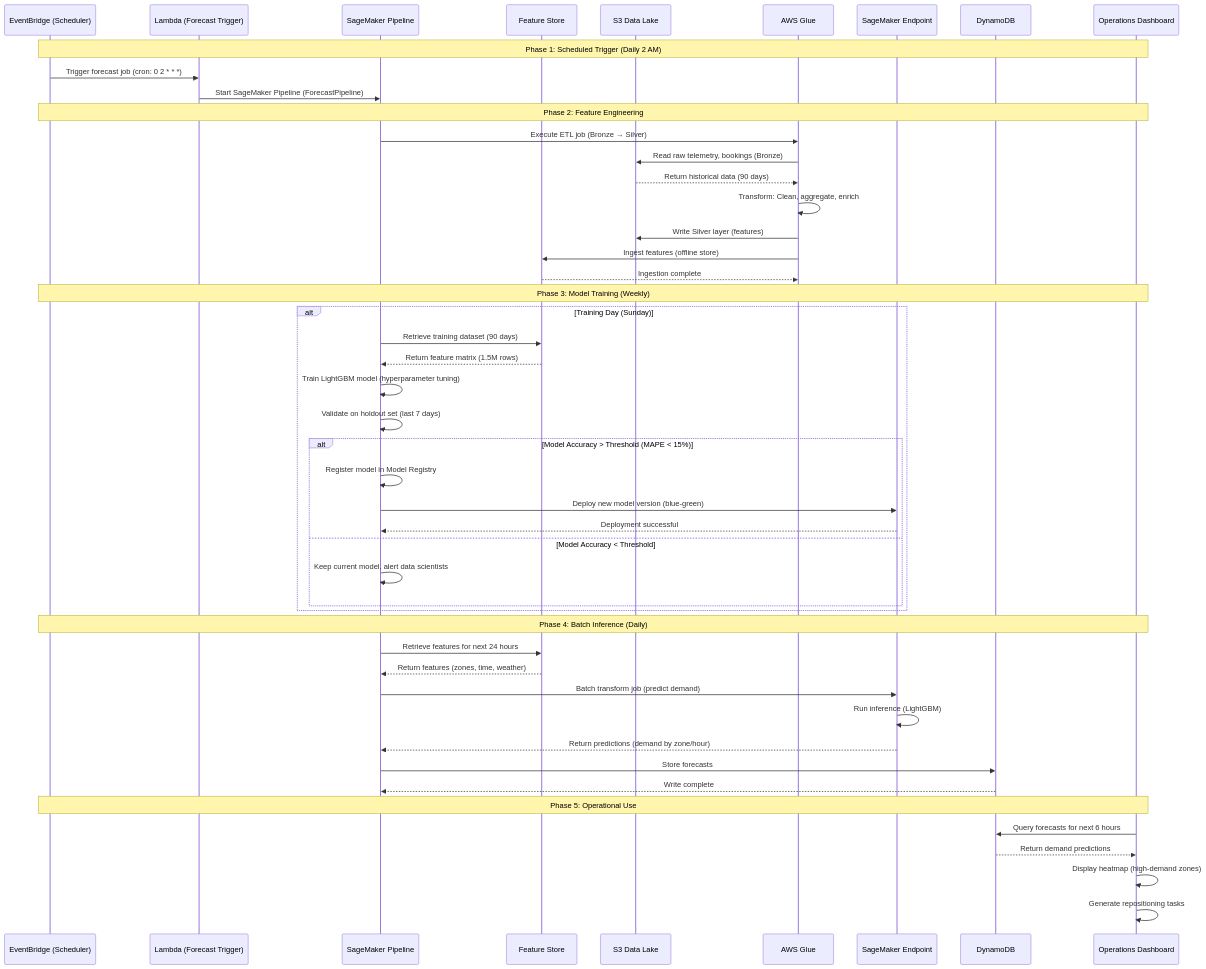
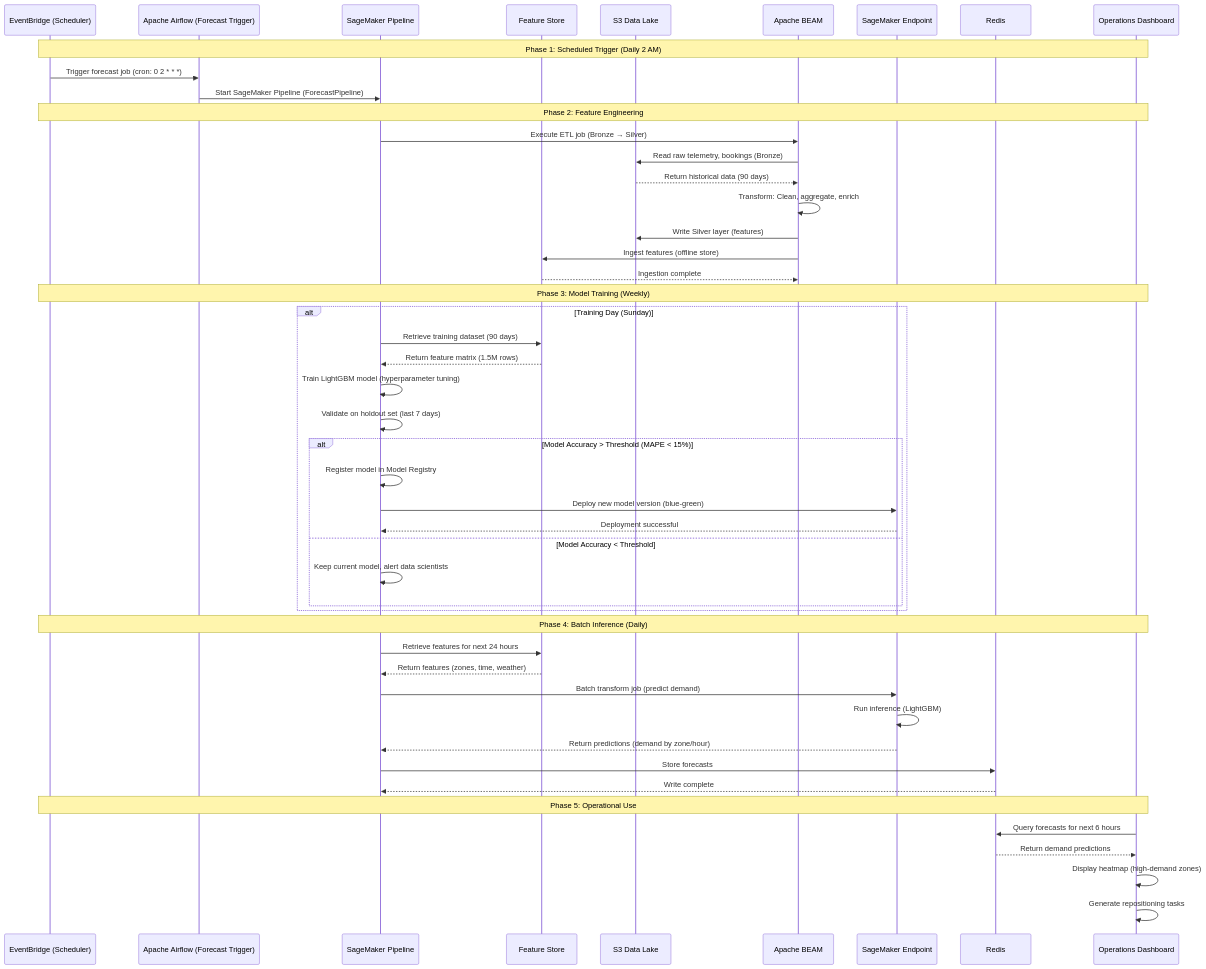
The diagram in HLD/scenarios/demand_forecasting.md (SumoSumir/kata-na), drawn with Mermaid before and after one commit. The commit also changed other lines of this file and 1 other file, not shown here.

````diff
--- a/HLD/scenarios/demand_forecasting.md
+++ b/HLD/scenarios/demand_forecasting.md
@@ -36,55 +35,55 @@
 ```mermaid
 sequenceDiagram
     participant EB as EventBridge (Scheduler)
-    participant L as Lambda (Forecast Trigger)
+    participant L as Apache Airflow (Forecast Trigger)
     participant SM as SageMaker Pipeline
     participant FS as Feature Store
     participant S3 as S3 Data Lake
-    participant Glue as AWS Glue
+    participant AB as Apache BEAM
     participant Model as SageMaker Endpoint
-    participant DB as DynamoDB
+    participant DB as Redis
     participant Ops as Operations Dashboard
 
     Note over EB,Ops: Phase 1: Scheduled Trigger (Daily 2 AM)
     EB->>L: Trigger forecast job (cron: 0 2 * * *)
     L->>SM: Start SageMaker Pipeline (ForecastPipeline)
 
     Note over EB,Ops: Phase 2: Feature Engineering
-    SM->>Glue: Execute ETL job (Bronze → Silver)
-    Glue->>S3: Read raw telemetry, bookings (Bronze)
-    S3-->>Glue: Return historical data (90 days)
-    Glue->>Glue: Transform: Clean, aggregate, enrich
-    Glue->>S3: Write Silver layer (features)
-    Glue->>FS: Ingest features (offline store)
-    FS-->>Glue: Ingestion complete
+    SM->>AB: Execute ETL job (Bronze → Silver)
+    AB->>S3: Read raw telemetry, bookings (Bronze)
+    S3-->>AB: Return historical data (90 days)
+    AB->>AB: Transform: Clean, aggregate, enrich
+    AB->>S3: Write Silver layer (features)
+    AB->>FS: Ingest features (offline store)
+    FS-->>AB: Ingestion complete
 
     Note over EB,Ops: Phase 3: Model Training (Weekly)
     alt Training Day (Sunday)
         SM->>FS: Retrieve training dataset (90 days)
         FS-->>SM: Return feature matrix (1.5M rows)
         SM->>SM: Train LightGBM model (hyperparameter tuning)
         SM->>SM: Validate on holdout set (last 7 days)
         alt Model Accuracy > Threshold (MAPE < 15%)
             SM->>SM: Register model in Model Registry
             SM->>Model: Deploy new model version (blue-green)
             Model-->>SM: Deployment successful
         else Model Accuracy < Threshold
             SM->>SM: Keep current model, alert data scientists
         end
     end
 
     Note over EB,Ops: Phase 4: Batch Inference (Daily)
     SM->>FS: Retrieve features for next 24 hours
     FS-->>SM: Return features (zones, time, weather)
     SM->>Model: Batch transform job (predict demand)
     Model->>Model: Run inference (LightGBM)
     Model-->>SM: Return predictions (demand by zone/hour)
     SM->>DB: Store forecasts
     DB-->>SM: Write complete
 
     Note over EB,Ops: Phase 5: Operational Use
     Ops->>DB: Query forecasts for next 6 hours
     DB-->>Ops: Return demand predictions
     Ops->>Ops: Display heatmap (high-demand zones)
     Ops->>Ops: Generate repositioning tasks
 ```
````
